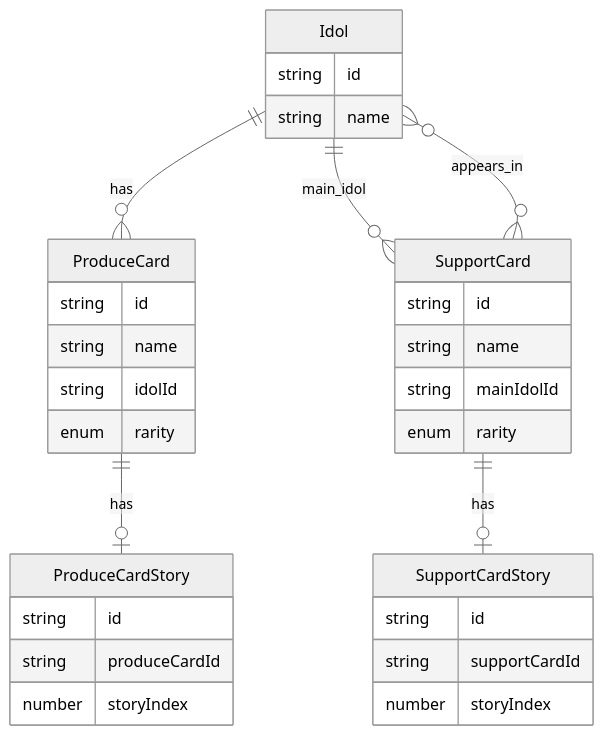
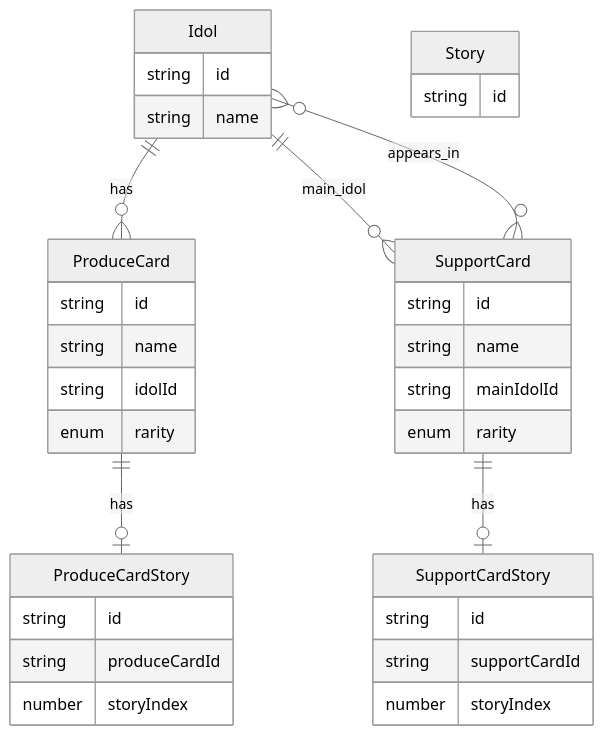
One commit to sisomoti/gakumasu_comulist changed the first of 3 diagrams in docs/data-model.md. Above: the diagram before and after it, drawn with Mermaid (neutral theme). The commit also changed other lines of this file, not shown here.

````diff
--- a/docs/data-model.md
+++ b/docs/data-model.md
@@ -5,39 +5,43 @@
 ```mermaid
 erDiagram
     Idol ||--o{ ProduceCard : "has"
     Idol ||--o{ SupportCard : "main_idol"
     Idol }o--o{ SupportCard : "appears_in"
     ProduceCard ||--o| ProduceCardStory : "has"
     SupportCard ||--o| SupportCardStory : "has"
     
     Idol {
         string id
         string name
     }
     
     ProduceCard {
         string id
         string name
         string idolId
         enum rarity
     }
     
     SupportCard {
         string id
         string name
         string mainIdolId
         enum rarity
     }
     
+    Story {
+        string id
+    }
+    
     ProduceCardStory {
         string id
         string produceCardId
         number storyIndex
     }
     
     SupportCardStory {
         string id
         string supportCardId
         number storyIndex
     }
 ```
````
